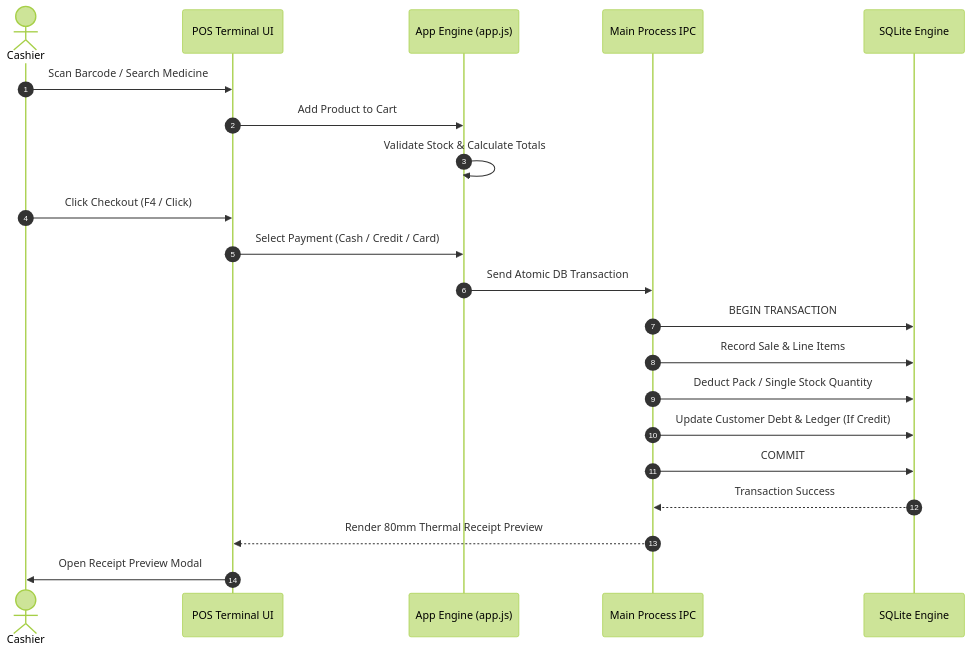
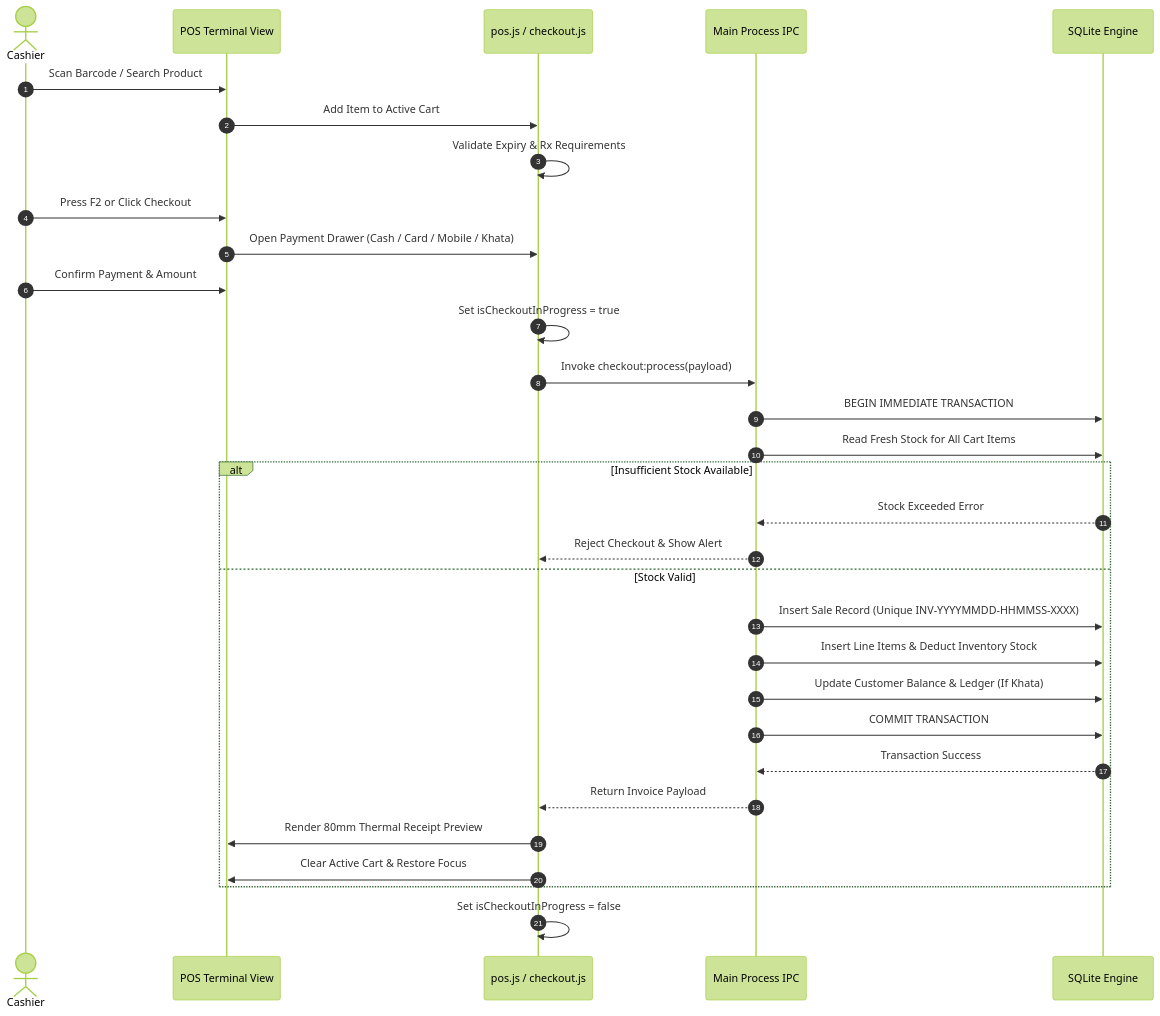
One commit to M-BilalH/MediDesk-POS changed the second of 2 diagrams in README.md. Above: the diagram before and after it, drawn with Mermaid (forest theme). The commit also changed other lines of this file, not shown here.

````diff
--- a/README.md
+++ b/README.md
@@ -80,24 +133,34 @@
 ```mermaid
 sequenceDiagram
     autonumber
     actor Cashier
-    participant UI as POS Terminal UI
-    participant App as App Engine (app.js)
+    participant UI as POS Terminal View
+    participant Cart as pos.js / checkout.js
     participant IPC as Main Process IPC
     participant DB as SQLite Engine
 
-    Cashier->>UI: Scan Barcode / Search Medicine
-    UI->>App: Add Product to Cart
-    App->>App: Validate Stock & Calculate Totals
-    Cashier->>UI: Click Checkout (F4 / Click)
-    UI->>App: Select Payment (Cash / Credit / Card)
-    App->>IPC: Send Atomic DB Transaction
-    IPC->>DB: BEGIN TRANSACTION
-    IPC->>DB: Record Sale & Line Items
-    IPC->>DB: Deduct Pack / Single Stock Quantity
-    IPC->>DB: Update Customer Debt & Ledger (If Credit)
-    IPC->>DB: COMMIT
-    DB-->>IPC: Transaction Success
-    IPC-->>UI: Render 80mm Thermal Receipt Preview
-    UI->>Cashier: Open Receipt Preview Modal
+    Cashier->>UI: Scan Barcode / Search Product
+    UI->>Cart: Add Item to Active Cart
+    Cart->>Cart: Validate Expiry & Rx Requirements
+    Cashier->>UI: Press F2 or Click Checkout
+    UI->>Cart: Open Payment Drawer (Cash / Card / Mobile / Khata)
+    Cashier->>UI: Confirm Payment & Amount
+    Cart->>Cart: Set isCheckoutInProgress = true
+    Cart->>IPC: Invoke checkout:process(payload)
+    IPC->>DB: BEGIN IMMEDIATE TRANSACTION
+    IPC->>DB: Read Fresh Stock for All Cart Items
+    alt Insufficient Stock Available
+        DB-->>IPC: Stock Exceeded Error
+        IPC-->>Cart: Reject Checkout & Show Alert
+    else Stock Valid
+        IPC->>DB: Insert Sale Record (Unique INV-YYYYMMDD-HHMMSS-XXXX)
+        IPC->>DB: Insert Line Items & Deduct Inventory Stock
+        IPC->>DB: Update Customer Balance & Ledger (If Khata)
+        IPC->>DB: COMMIT TRANSACTION
+        DB-->>IPC: Transaction Success
+        IPC-->>Cart: Return Invoice Payload
+        Cart->>UI: Render 80mm Thermal Receipt Preview
+        Cart->>UI: Clear Active Cart & Restore Focus
+    end
+    Cart->>Cart: Set isCheckoutInProgress = false
 ```
````
